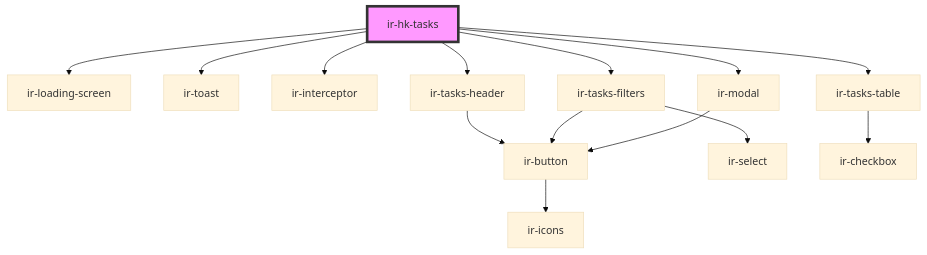
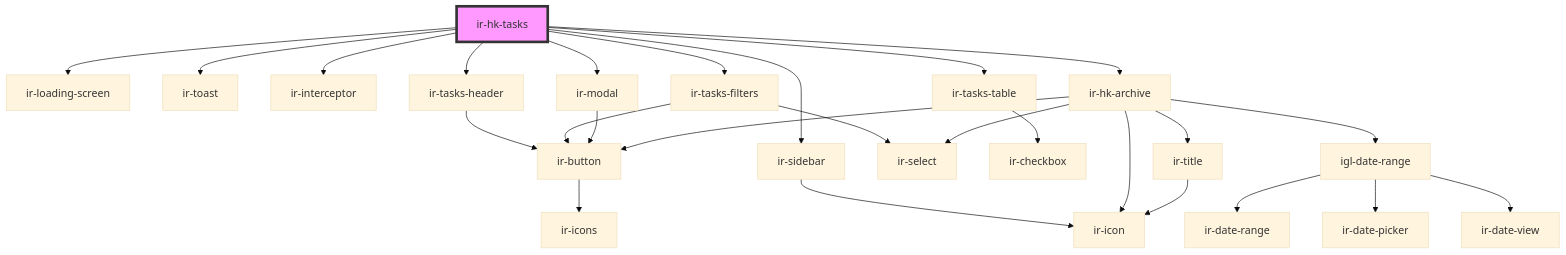
The diagram in src/components/ir-housekeeping/ir-hk-tasks/readme.md (David1Chowaifaty/modified-ir-webcmp), drawn with Mermaid (base theme) before and after one commit. The commit also changed other lines of this file and 24 other files, not shown here.

````diff
--- a/src/components/ir-housekeeping/ir-hk-tasks/readme.md
+++ b/src/components/ir-housekeeping/ir-hk-tasks/readme.md
@@ -46,17 +40,29 @@
 ```mermaid
 graph TD;
   ir-hk-tasks --> ir-loading-screen
   ir-hk-tasks --> ir-toast
   ir-hk-tasks --> ir-interceptor
   ir-hk-tasks --> ir-tasks-header
   ir-hk-tasks --> ir-tasks-filters
   ir-hk-tasks --> ir-tasks-table
   ir-hk-tasks --> ir-modal
+  ir-hk-tasks --> ir-sidebar
+  ir-hk-tasks --> ir-hk-archive
   ir-tasks-header --> ir-button
   ir-button --> ir-icons
   ir-tasks-filters --> ir-button
   ir-tasks-filters --> ir-select
   ir-tasks-table --> ir-checkbox
   ir-modal --> ir-button
+  ir-sidebar --> ir-icon
+  ir-hk-archive --> ir-title
+  ir-hk-archive --> ir-select
+  ir-hk-archive --> igl-date-range
+  ir-hk-archive --> ir-icon
+  ir-hk-archive --> ir-button
+  ir-title --> ir-icon
+  igl-date-range --> ir-date-range
+  igl-date-range --> ir-date-picker
+  igl-date-range --> ir-date-view
   style ir-hk-tasks fill:#f9f,stroke:#333,stroke-width:4px
 ```
````
